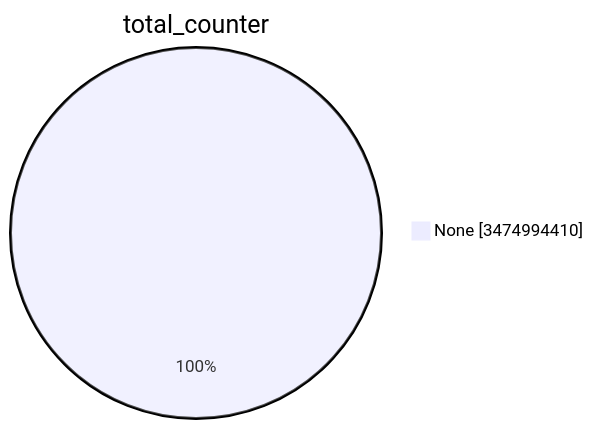
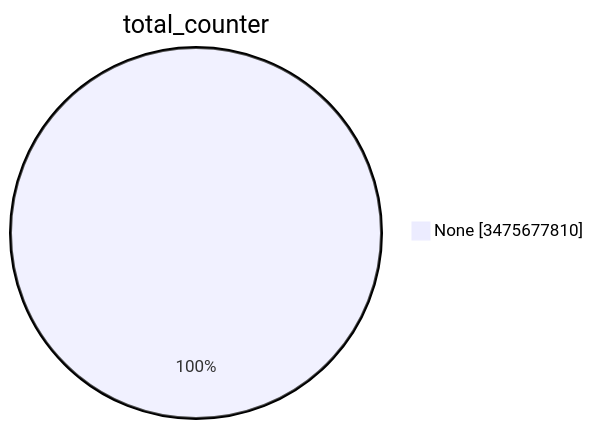
The first of 15 diagrams in TOTAL/README.md (christiankrug/ctmonitor_visualization), drawn with Mermaid before and after one commit. The commit also changed other lines of this file, not shown here.

````diff
--- a/TOTAL/README.md
+++ b/TOTAL/README.md
@@ -1,5 +1,5 @@
 ```mermaid
 pie showData
 title total_counter
-"None" :3474994410
+"None" :3475677810
 ```
````
